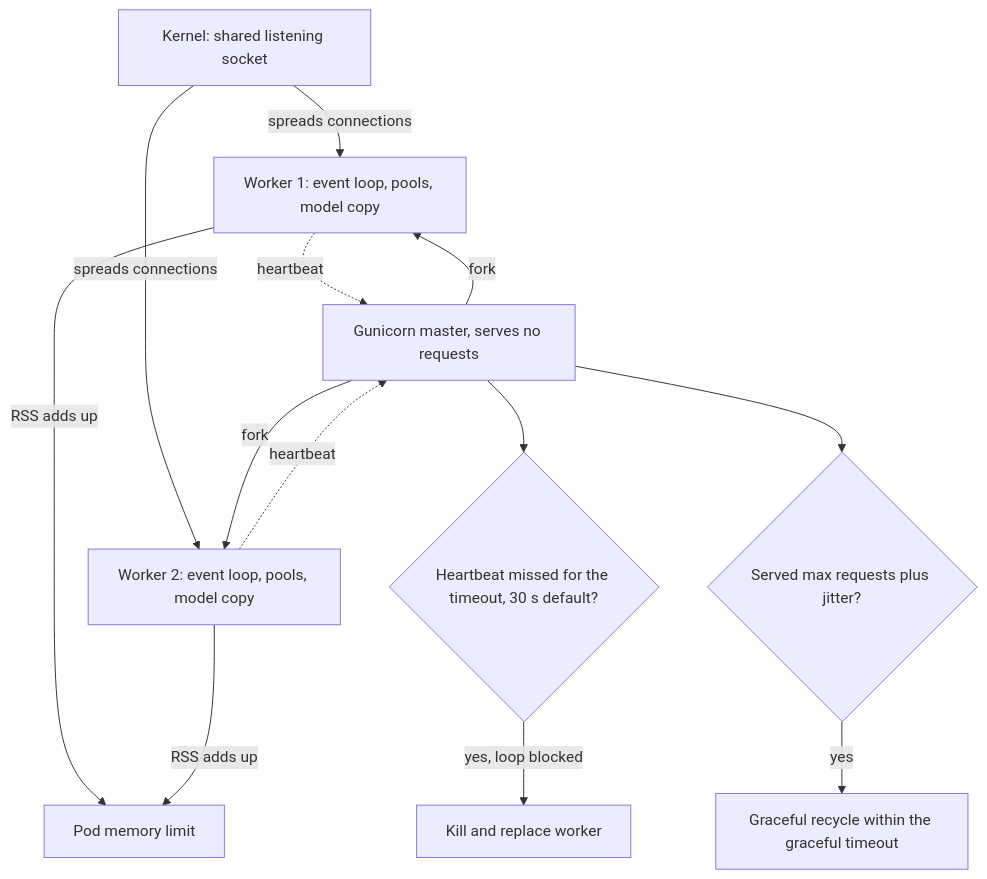
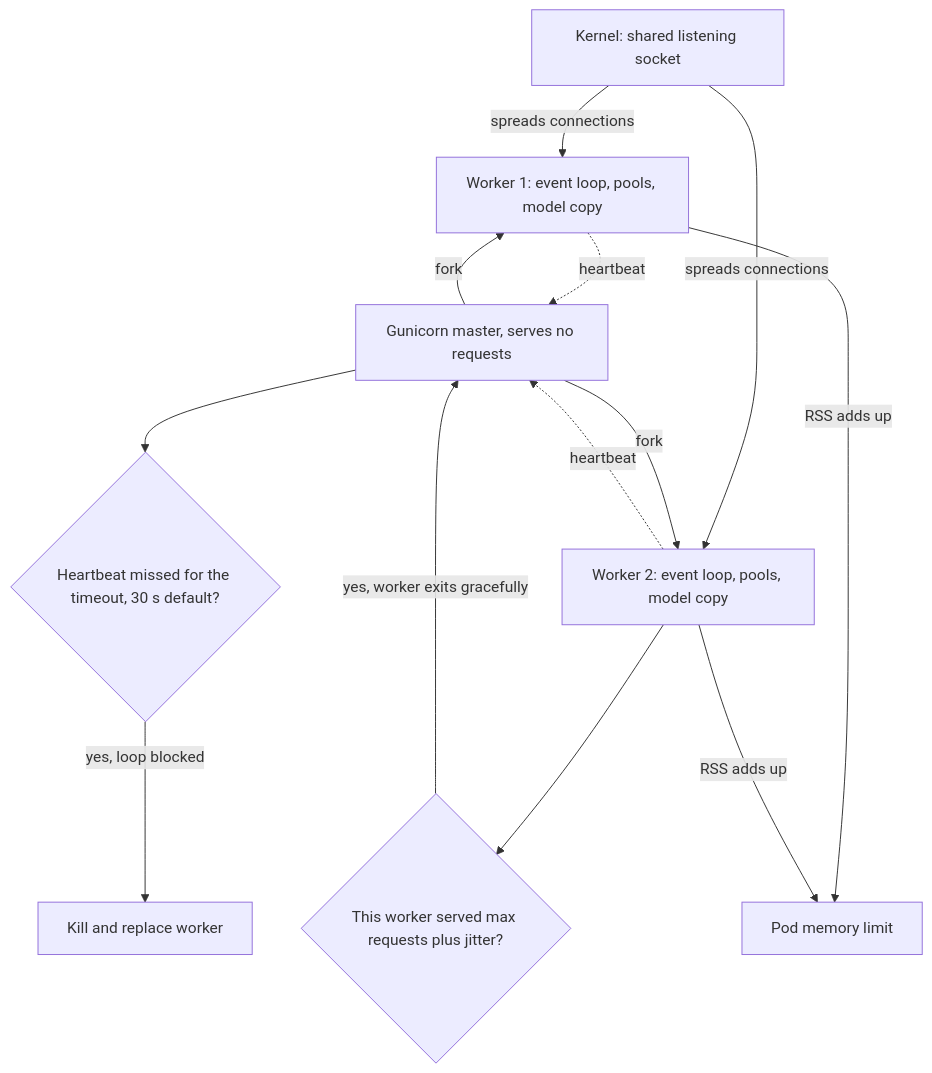
The diagram in content/fastapi-for-ai/uvicorn-gunicorn-workers.md (lovishmahajan97/agentic-learning), drawn with Mermaid before and after one commit. The commit also changed other lines of this file and 81 other files, not shown here.

````diff
--- a/content/fastapi-for-ai/uvicorn-gunicorn-workers.md
+++ b/content/fastapi-for-ai/uvicorn-gunicorn-workers.md
@@ -98,15 +99,15 @@
 ```mermaid
 flowchart TD
     K["Kernel: shared listening socket"] -->|"spreads connections"| W1
     K -->|"spreads connections"| W2
     M["Gunicorn master, serves no requests"] -->|"fork"| W1["Worker 1: event loop, pools, model copy"]
     M -->|"fork"| W2["Worker 2: event loop, pools, model copy"]
     W1 -.->|"heartbeat"| M
     W2 -.->|"heartbeat"| M
     M --> T{"Heartbeat missed for the timeout, 30 s default?"}
     T -->|"yes, loop blocked"| X["Kill and replace worker"]
-    M --> R{"Served max requests plus jitter?"}
-    R -->|"yes"| G["Graceful recycle within the graceful timeout"]
+    W2 --> R{"This worker served max requests plus jitter?"}
+    R -->|"yes, worker exits gracefully"| M
     W1 -->|"RSS adds up"| L["Pod memory limit"]
     W2 -->|"RSS adds up"| L
 ```
````
